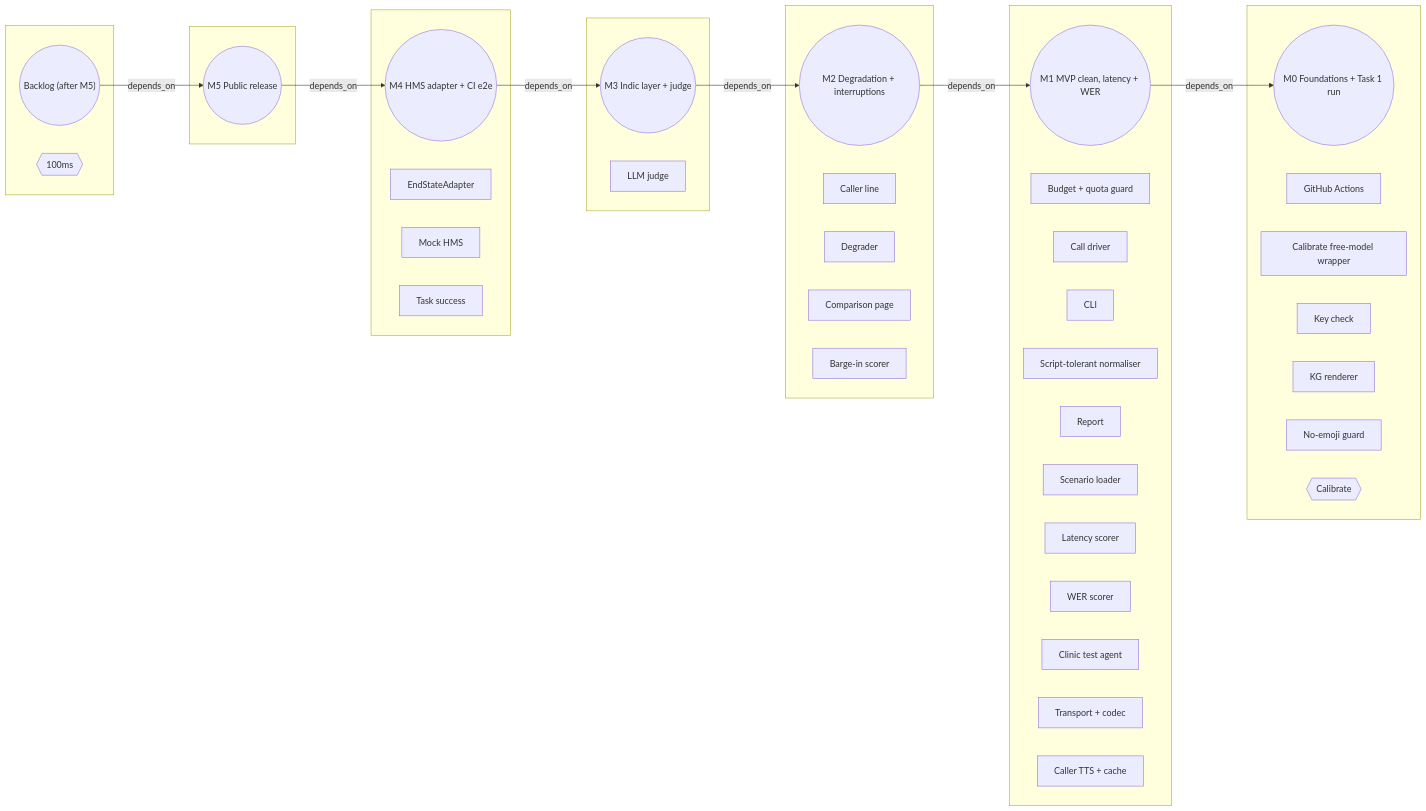
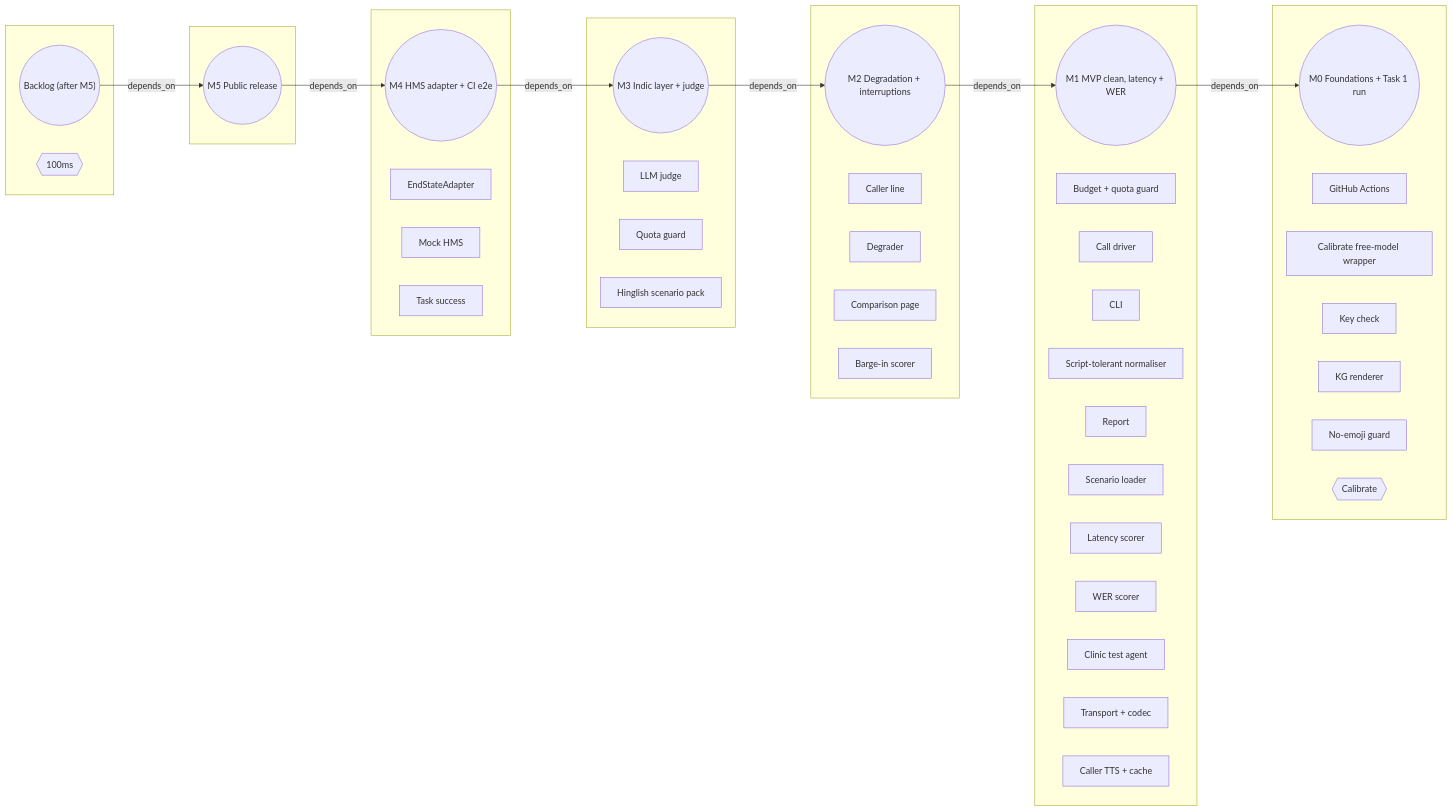
One commit to yatinannam/parakh changed the third of 3 diagrams in docs/kg/README.md. Above: the diagram before and after it, drawn with Mermaid. The commit also changed other lines of this file and 4 other files, not shown here.

Commit message:
docs: record M3a in the spec, README and knowledge graph

````diff
--- a/docs/kg/README.md
+++ b/docs/kg/README.md
@@ -224,56 +245,58 @@
 ```mermaid
 flowchart LR
   subgraph g_backlog[" "]
     backlog(("Backlog (after M5)"))
     x_100ms{{"100ms"}}
   end
   subgraph g_m0[" "]
     m0(("M0 Foundations + Task 1 run"))
     ci["GitHub Actions"]
     t_calibrate_eval["Calibrate free-model wrapper"]
     t_check_keys["Key check"]
     t_kg_render["KG renderer"]
     t_no_emoji["No-emoji guard"]
     x_calibrate{{"Calibrate"}}
   end
   subgraph g_m1[" "]
     m1(("M1 MVP clean, latency + WER"))
     budget["Budget + quota guard"]
     call_driver["Call driver"]
     cli["CLI"]
     normalizer["Script-tolerant normaliser"]
     report["Report"]
     scenario["Scenario loader"]
     score_latency["Latency scorer"]
     score_wer["WER scorer"]
     test_agent["Clinic test agent"]
     transport_codec["Transport + codec"]
     tts_cache["Caller TTS + cache"]
   end
   subgraph g_m2[" "]
     m2(("M2 Degradation + interruptions"))
     caller_line["Caller line"]
     degrader["Degrader"]
     report_compare["Comparison page"]
     score_bargein["Barge-in scorer"]
   end
   subgraph g_m3[" "]
     m3(("M3 Indic layer + judge"))
     judge["LLM judge"]
+    quota["Quota guard"]
+    scenario_pack["Hinglish scenario pack"]
   end
   subgraph g_m4[" "]
     m4(("M4 HMS adapter + CI e2e"))
     end_state_adapter["EndStateAdapter"]
     mock_hms["Mock HMS"]
     score_task["Task success"]
   end
   subgraph g_m5[" "]
     m5(("M5 Public release"))
   end
   backlog -->|depends_on| m5
   m1 -->|depends_on| m0
   m2 -->|depends_on| m1
   m3 -->|depends_on| m2
   m4 -->|depends_on| m3
   m5 -->|depends_on| m4
 ```
````
